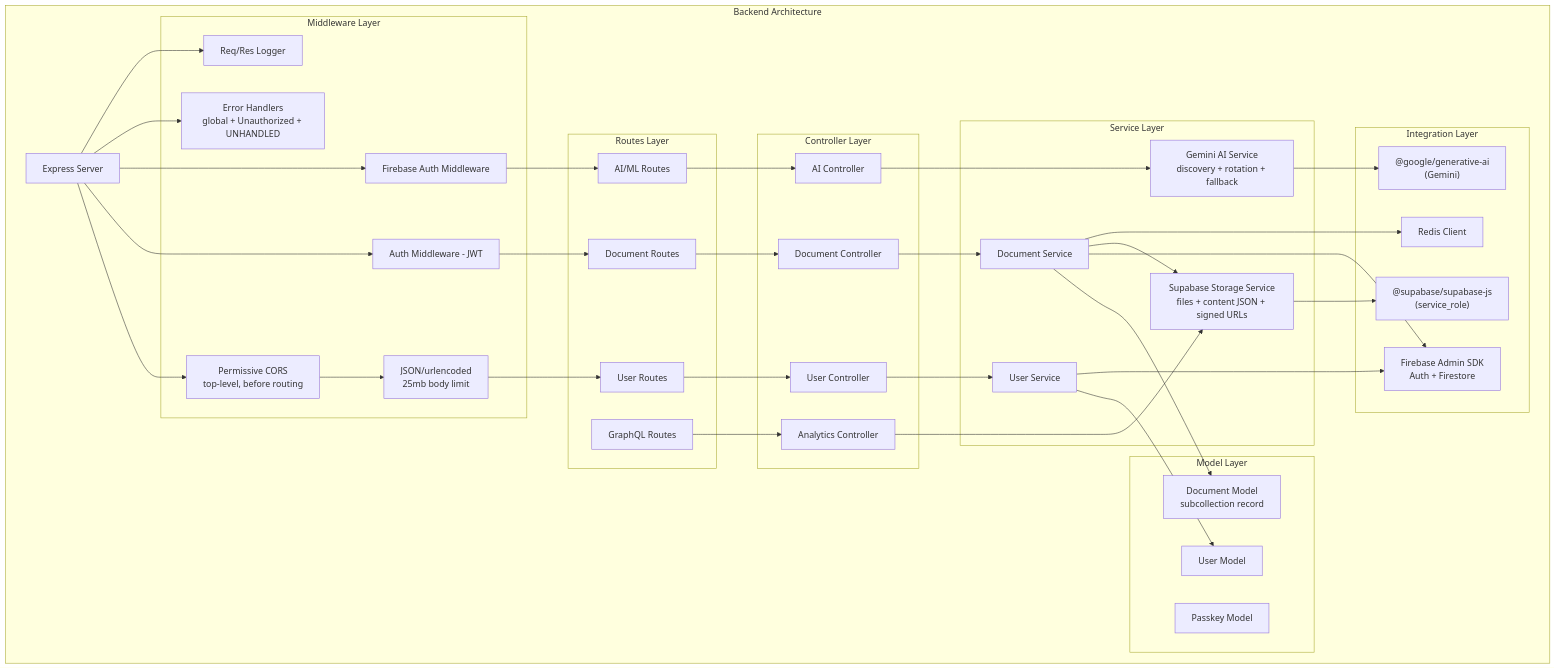
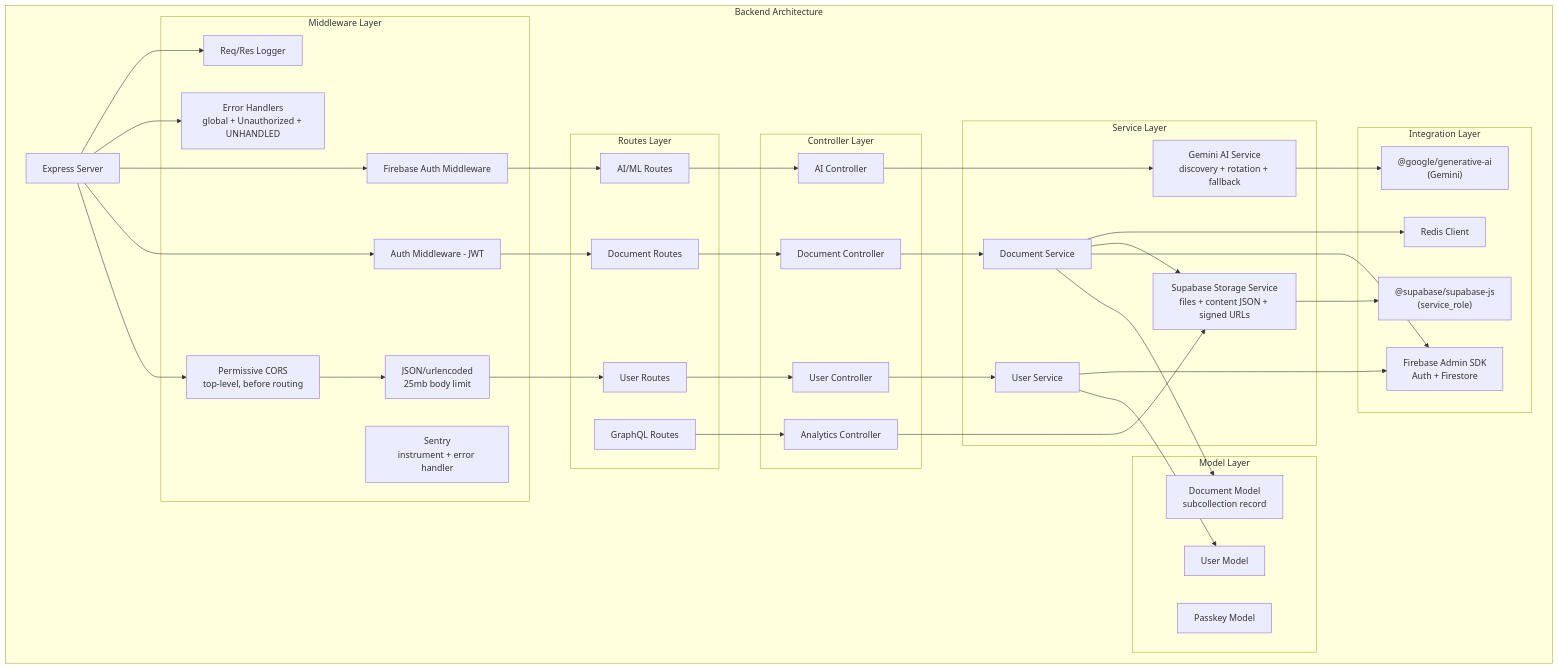
One commit to hoangsonww/DocuThinker-AI-App changed the sixth of 41 diagrams in ARCHITECTURE.md. Above: the diagram before and after it, drawn with Mermaid. The commit also changed other lines of this file and 12 other files, not shown here.

````diff
--- a/ARCHITECTURE.md
+++ b/ARCHITECTURE.md
@@ -525,80 +533,81 @@
 ```mermaid
 graph TB
     subgraph "Backend Architecture"
         A[Express Server]
 
         subgraph "Middleware Layer"
             B[Permissive CORS<br/>top-level, before routing]
             BJ[JSON/urlencoded<br/>25mb body limit]
             C[Auth Middleware - JWT]
             D[Firebase Auth Middleware]
             E[Error Handlers<br/>global + Unauthorized + UNHANDLED]
             F[Req/Res Logger]
+            SEN[Sentry<br/>instrument + error handler]
         end
 
         subgraph "Routes Layer"
             G[User Routes]
             H[Document Routes]
             I[AI/ML Routes]
             J[GraphQL Routes]
         end
 
         subgraph "Controller Layer"
             K[User Controller]
             L[Document Controller]
             M[AI Controller]
             N[Analytics Controller]
         end
 
         subgraph "Service Layer"
             O[User Service]
             P[Document Service]
             Q[Gemini AI Service<br/>discovery + rotation + fallback]
             R[Supabase Storage Service<br/>files + content JSON + signed URLs]
         end
 
         subgraph "Model Layer"
             S[User Model]
             T[Document Model<br/>subcollection record]
             U[Passkey Model]
         end
 
         subgraph "Integration Layer"
             V[Firebase Admin SDK<br/>Auth + Firestore]
             W["@google/generative-ai<br/>(Gemini)"]
             SBX["@supabase/supabase-js<br/>(service_role)"]
             Y[Redis Client]
         end
     end
 
     A --> B
     B --> BJ
     A --> C
     A --> D
     A --> E
     A --> F
 
     BJ --> G
     C --> H
     D --> I
 
     G --> K
     H --> L
     I --> M
     J --> N
 
     K --> O
     L --> P
     M --> Q
     N --> R
 
     O --> S
     P --> T
 
     O --> V
     P --> V
     P --> R
     R --> SBX
     Q --> W
     P --> Y
 ```
````
